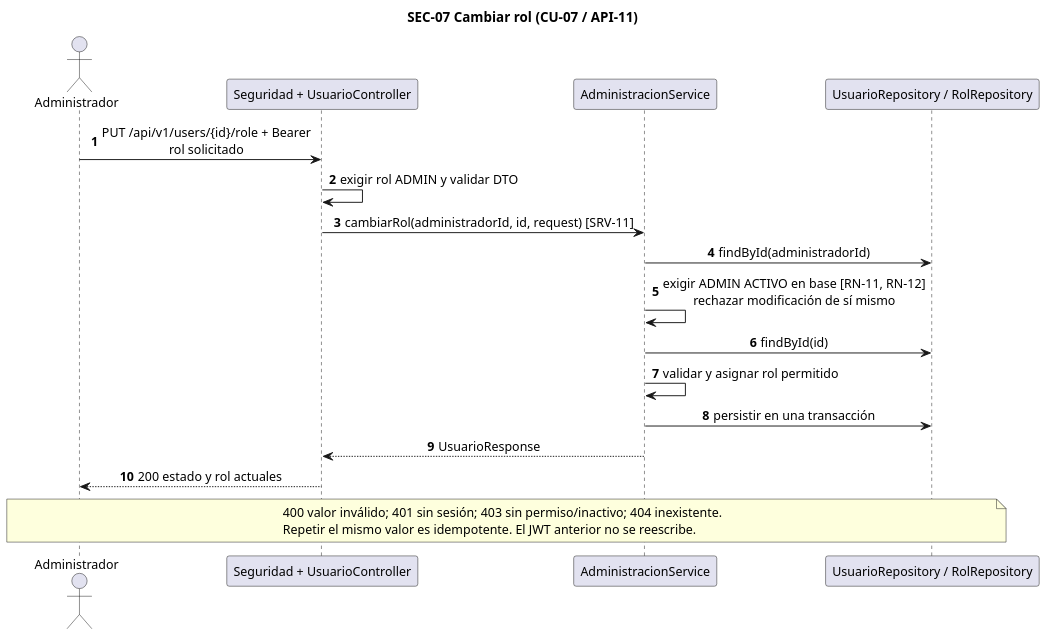
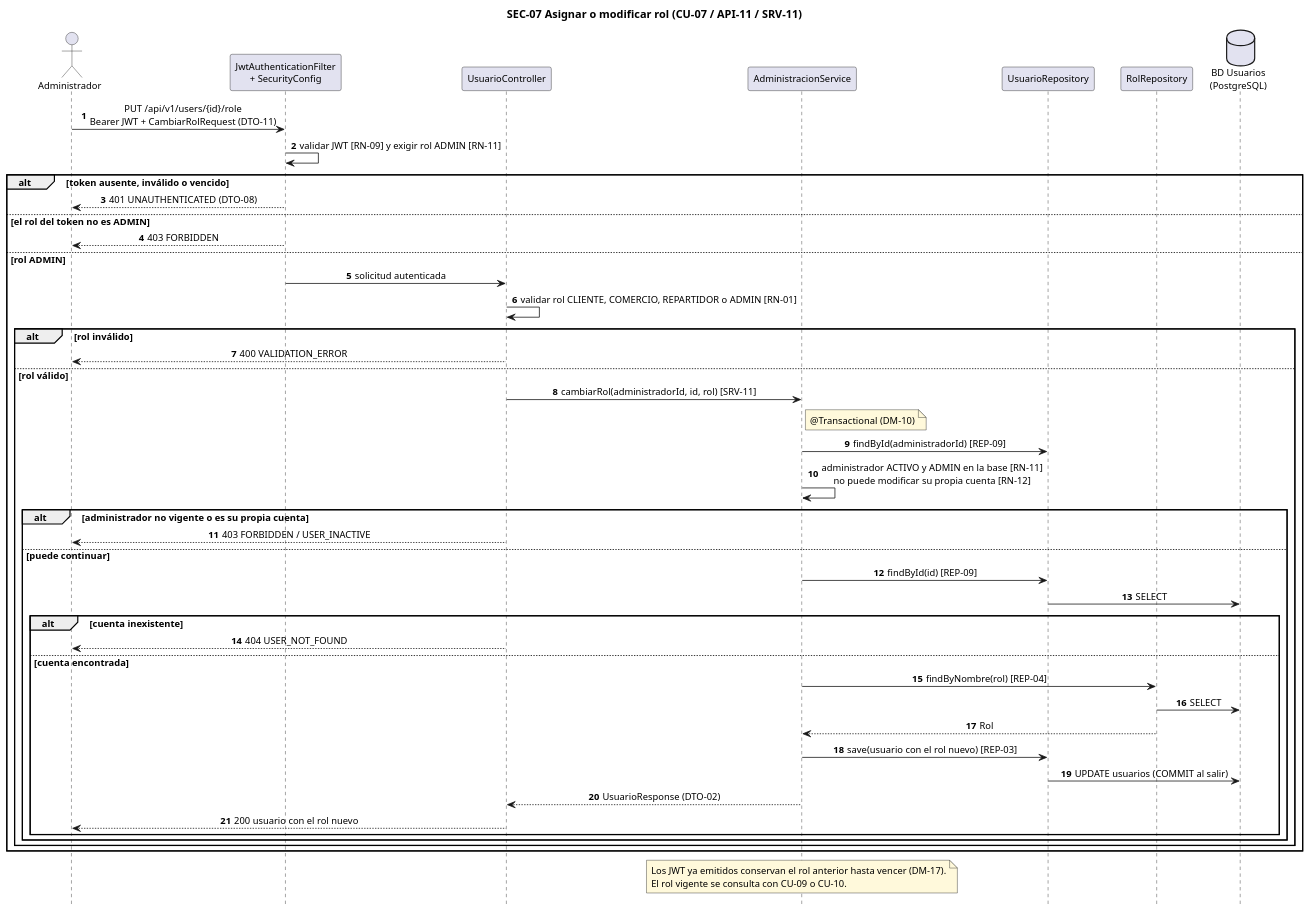
Before and after one commit to CarlaGorgal2002/deliverygo-usuarios-auth: the diagram in doc/Diagramas/SEC-07.puml, drawn with PlantUML. The commit also changed 30 other files, not shown here.

First line of the commit message:
docs: rehacer los 15 diagramas con las capas y participantes de la plantilla

```diff
--- a/doc/Diagramas/SEC-07.puml
+++ b/doc/Diagramas/SEC-07.puml
@@ -1,24 +1,57 @@
 @startuml SEC-07
-skinparam dpi 135
+skinparam dpi 110
 skinparam shadowing false
 skinparam defaultFontName Arial
-skinparam defaultFontSize 13
+skinparam defaultFontSize 12
 skinparam sequenceMessageAlign center
-title SEC-07 Cambiar rol (CU-07 / API-11)
+skinparam responseMessageBelowArrow true
+skinparam NoteBackgroundColor #FFF9DB
+skinparam ParticipantPadding 12
+hide footbox
+title SEC-07 Asignar o modificar rol (CU-07 / API-11 / SRV-11)
 autonumber
 actor Administrador as A
-participant "Seguridad + UsuarioController" as C
+participant "JwtAuthenticationFilter\n+ SecurityConfig" as F
+participant UsuarioController as C
 participant AdministracionService as S
-participant "UsuarioRepository / RolRepository" as R
-A -> C : PUT /api/v1/users/{id}/role + Bearer\nrol solicitado
-C -> C : exigir rol ADMIN y validar DTO
-C -> S : cambiarRol(administradorId, id, request) [SRV-11]
-S -> R : findById(administradorId)
-S -> S : exigir ADMIN ACTIVO en base [RN-11, RN-12]\nrechazar modificación de sí mismo
-S -> R : findById(id)
-S -> S : validar y asignar rol permitido
-S -> R : persistir en una transacción
-S --> C : UsuarioResponse
-C --> A : 200 estado y rol actuales
-note over A,R : 400 valor inválido; 401 sin sesión; 403 sin permiso/inactivo; 404 inexistente.\nRepetir el mismo valor es idempotente. El JWT anterior no se reescribe.
+participant UsuarioRepository as UR
+participant RolRepository as RR
+database "BD Usuarios\n(PostgreSQL)" as DB
+
+A -> F : PUT /api/v1/users/{id}/role\nBearer JWT + CambiarRolRequest (DTO-11)
+F -> F : validar JWT [RN-09] y exigir rol ADMIN [RN-11]
+alt token ausente, inválido o vencido
+  F --> A : 401 UNAUTHENTICATED (DTO-08)
+else el rol del token no es ADMIN
+  F --> A : 403 FORBIDDEN
+else rol ADMIN
+  F -> C : solicitud autenticada
+  C -> C : validar rol CLIENTE, COMERCIO, REPARTIDOR o ADMIN [RN-01]
+  alt rol inválido
+    C --> A : 400 VALIDATION_ERROR
+  else rol válido
+    C -> S : cambiarRol(administradorId, id, rol) [SRV-11]
+    note right of S : @Transactional (DM-10)
+    S -> UR : findById(administradorId) [REP-09]
+    S -> S : administrador ACTIVO y ADMIN en la base [RN-11]\nno puede modificar su propia cuenta [RN-12]
+    alt administrador no vigente o es su propia cuenta
+      C --> A : 403 FORBIDDEN / USER_INACTIVE
+    else puede continuar
+      S -> UR : findById(id) [REP-09]
+      UR -> DB : SELECT
+      alt cuenta inexistente
+        C --> A : 404 USER_NOT_FOUND
+      else cuenta encontrada
+        S -> RR : findByNombre(rol) [REP-04]
+        RR -> DB : SELECT
+        RR --> S : Rol
+        S -> UR : save(usuario con el rol nuevo) [REP-03]
+        UR -> DB : UPDATE usuarios (COMMIT al salir)
+        S --> C : UsuarioResponse (DTO-02)
+        C --> A : 200 usuario con el rol nuevo
+      end
+    end
+  end
+end
+note over S : Los JWT ya emitidos conservan el rol anterior hasta vencer (DM-17).\nEl rol vigente se consulta con CU-09 o CU-10.
 @enduml
```
